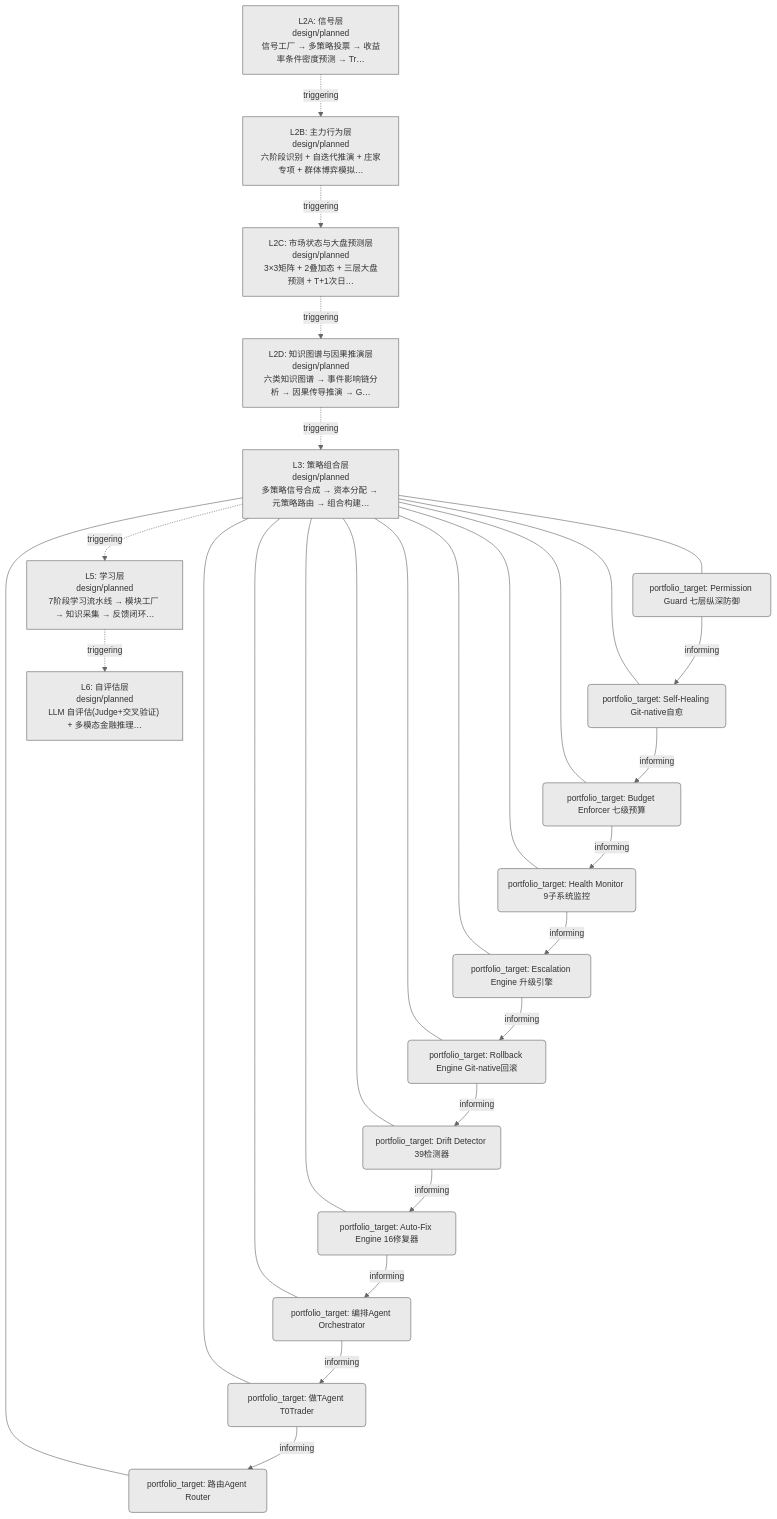
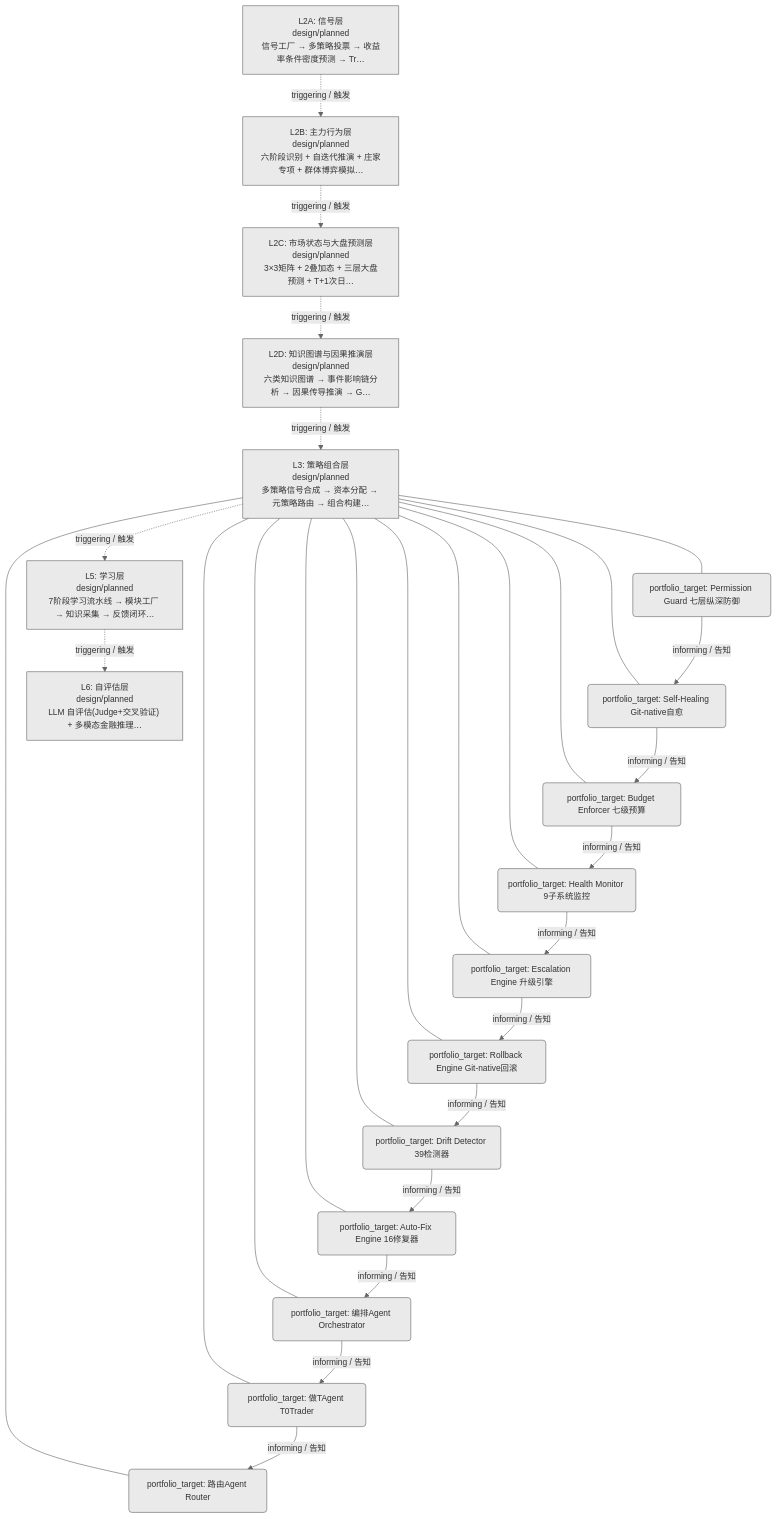
Before and after one commit to xuanFelixVan/ZephyrAlpha: the first of 2 diagrams in docs/02_enterprise_architecture/06_decision_architecture/13_decision_l3_aut_core.md, drawn with Mermaid. The commit also changed other lines of this file and 23 other files, not shown here.

First line of the commit message:
feat(decision-diagram): mermaid 边标签加中文（triggering/触发 等）

````diff
--- a/docs/02_enterprise_architecture/06_decision_architecture/13_decision_l3_aut_core.md
+++ b/docs/02_enterprise_architecture/06_decision_architecture/13_decision_l3_aut_core.md
@@ -21,49 +21,49 @@
 ```mermaid
 %%{init: {'theme': 'base', 'themeVariables': {'primaryColor': '#eaeaea', 'primaryTextColor': '#333333', 'primaryBorderColor': '#666666', 'lineColor': '#666666', 'secondaryColor': '#eaeaea', 'tertiaryColor': '#eaeaea', 'fontSize': '14px'}}}%%
 flowchart TD
     LL2A["L2A: 信号层<br/>design/planned<br/>信号工厂 → 多策略投票 → 收益率条件密度预测 → Tr…"]
     LL2B["L2B: 主力行为层<br/>design/planned<br/>六阶段识别 + 自迭代推演 + 庄家专项 + 群体博弈模拟…"]
     LL2C["L2C: 市场状态与大盘预测层<br/>design/planned<br/>3×3矩阵 + 2叠加态 + 三层大盘预测 + T+1次日…"]
     LL2D["L2D: 知识图谱与因果推演层<br/>design/planned<br/>六类知识图谱 → 事件影响链分析 → 因果传导推演 → G…"]
     LL3["L3: 策略组合层<br/>design/planned<br/>多策略信号合成 → 资本分配 → 元策略路由 → 组合构建…"]
     N113("portfolio_target: Permission Guard 七层纵深防御")
     LL3 --- N113
     N115("portfolio_target: Self-Healing Git-native自愈")
     LL3 --- N115
     N116("portfolio_target: Budget Enforcer 七级预算")
     LL3 --- N116
     N117("portfolio_target: Health Monitor 9子系统监控")
     LL3 --- N117
     N118("portfolio_target: Escalation Engine 升级引擎")
     LL3 --- N118
     N119("portfolio_target: Rollback Engine Git-native回滚")
     LL3 --- N119
     N120("portfolio_target: Drift Detector 39检测器")
     LL3 --- N120
     N121("portfolio_target: Auto-Fix Engine 16修复器")
     LL3 --- N121
     N133("portfolio_target: 编排Agent Orchestrator")
     LL3 --- N133
     N135("portfolio_target: 做TAgent T0Trader")
     LL3 --- N135
     N136("portfolio_target: 路由Agent Router")
     LL3 --- N136
     LL5["L5: 学习层<br/>design/planned<br/>7阶段学习流水线 → 模块工厂 → 知识采集 → 反馈闭环…"]
     LL6["L6: 自评估层<br/>design/planned<br/>LLM 自评估(Judge+交叉验证) + 多模态金融推理…"]
-    LL2A -.->|triggering| LL2B
-    LL2B -.->|triggering| LL2C
-    LL2C -.->|triggering| LL2D
-    LL2D -.->|triggering| LL3
-    LL3 -.->|triggering| LL5
-    LL5 -.->|triggering| LL6
-    N113 -->|informing| N115
-    N115 -->|informing| N116
-    N116 -->|informing| N117
-    N117 -->|informing| N118
-    N118 -->|informing| N119
-    N119 -->|informing| N120
-    N120 -->|informing| N121
-    N121 -->|informing| N133
-    N133 -->|informing| N135
-    N135 -->|informing| N136
+    LL2A -.->|triggering / 触发| LL2B
+    LL2B -.->|triggering / 触发| LL2C
+    LL2C -.->|triggering / 触发| LL2D
+    LL2D -.->|triggering / 触发| LL3
+    LL3 -.->|triggering / 触发| LL5
+    LL5 -.->|triggering / 触发| LL6
+    N113 -->|informing / 告知| N115
+    N115 -->|informing / 告知| N116
+    N116 -->|informing / 告知| N117
+    N117 -->|informing / 告知| N118
+    N118 -->|informing / 告知| N119
+    N119 -->|informing / 告知| N120
+    N120 -->|informing / 告知| N121
+    N121 -->|informing / 告知| N133
+    N133 -->|informing / 告知| N135
+    N135 -->|informing / 告知| N136
 ```
````
